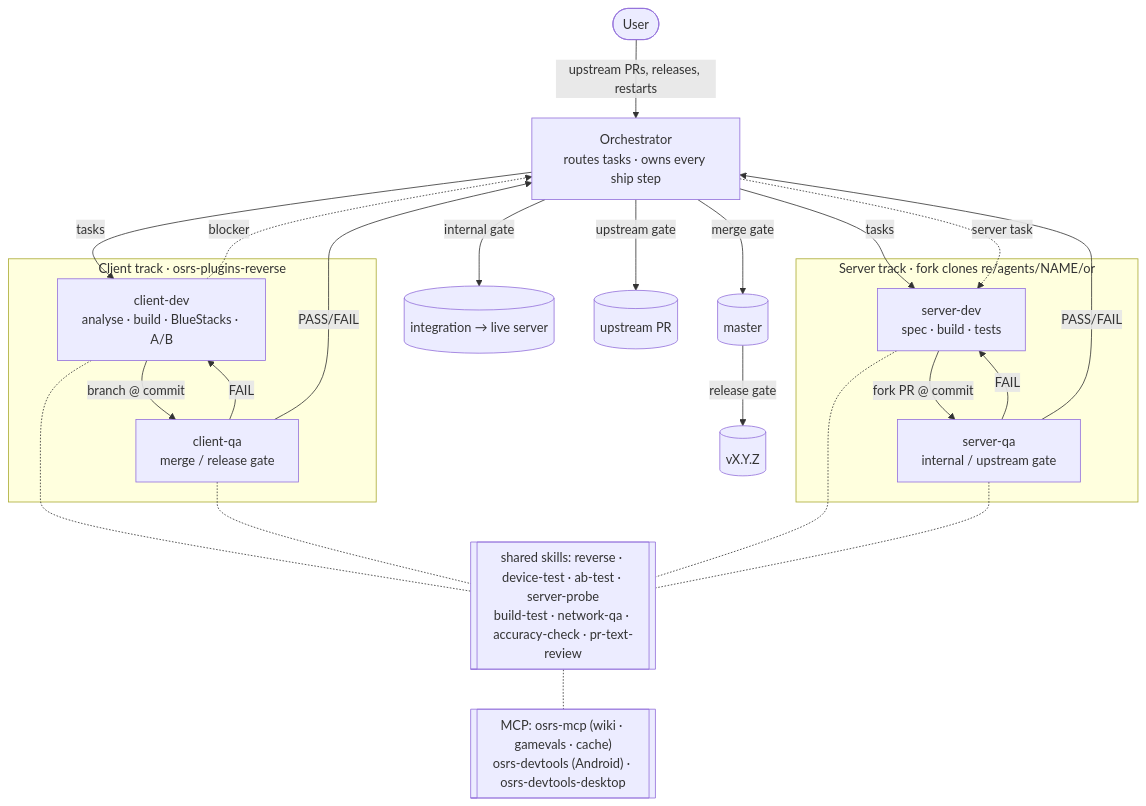
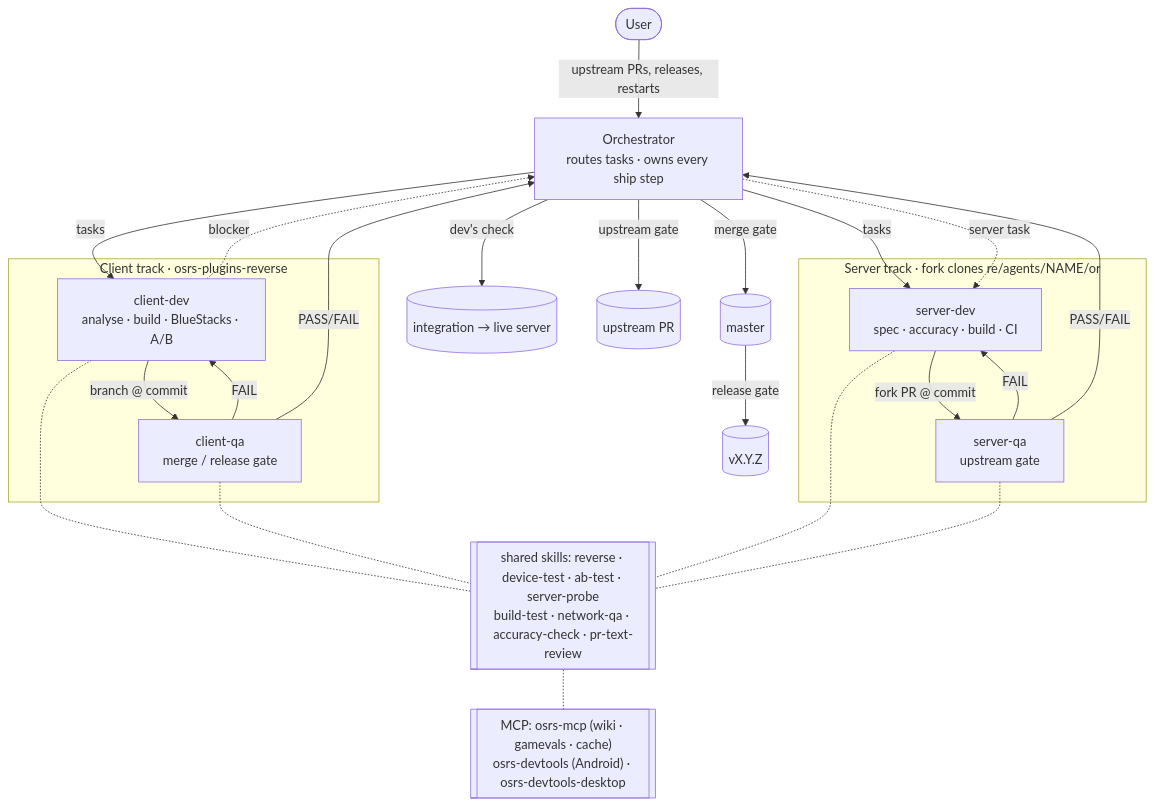
One commit to AlexPerrin/osrs-plugins-reverse changed the diagram in docs/workflow.md. Above: the diagram before and after it, drawn with Mermaid. The commit also changed other lines of this file and 6 other files, not shown here.

First line of the commit message:
Server track: dev's own check (accuracy spec incl. RSProx, green CI) ships to integration; server-qa runs only the upstream gate

````diff
--- a/docs/workflow.md
+++ b/docs/workflow.md
@@ -240,28 +243,28 @@
 ```mermaid
 flowchart TB
   user([User]) -- "upstream PRs, releases, restarts" --> orch
   orch["Orchestrator<br/>routes tasks · owns every ship step"]
 
   subgraph client["Client track · osrs-plugins-reverse"]
     cdev["client-dev<br/>analyse · build · BlueStacks · A/B"] -- "branch @ commit" --> cqa["client-qa<br/>merge / release gate"]
     cqa -- "FAIL" --> cdev
   end
 
   subgraph server["Server track · fork clones re/agents/NAME/or"]
-    sdev["server-dev<br/>spec · build · tests"] -- "fork PR @ commit" --> sqa["server-qa<br/>internal / upstream gate"]
+    sdev["server-dev<br/>spec · accuracy · build · CI"] -- "fork PR @ commit" --> sqa["server-qa<br/>upstream gate"]
     sqa -- "FAIL" --> sdev
   end
 
   orch -- "tasks" --> cdev & sdev
   cqa & sqa -- "PASS/FAIL" --> orch
   cdev -. "blocker" .-> orch -. "server task" .-> sdev
 
   orch -- "merge gate" --> master[(master)] -- "release gate" --> release[(vX.Y.Z)]
-  orch -- "internal gate" --> integ[(integration → live server)]
+  orch -- "dev's check" --> integ[(integration → live server)]
   orch -- "upstream gate" --> upstream[(upstream PR)]
 
   skills[["shared skills: reverse · device-test · ab-test · server-probe<br/>build-test · network-qa · accuracy-check · pr-text-review"]]
   mcp[["MCP: osrs-mcp (wiki · gamevals · cache)<br/>osrs-devtools (Android) · osrs-devtools-desktop"]]
   cdev & cqa & sdev & sqa -.- skills
   skills -.- mcp
 ```
````
